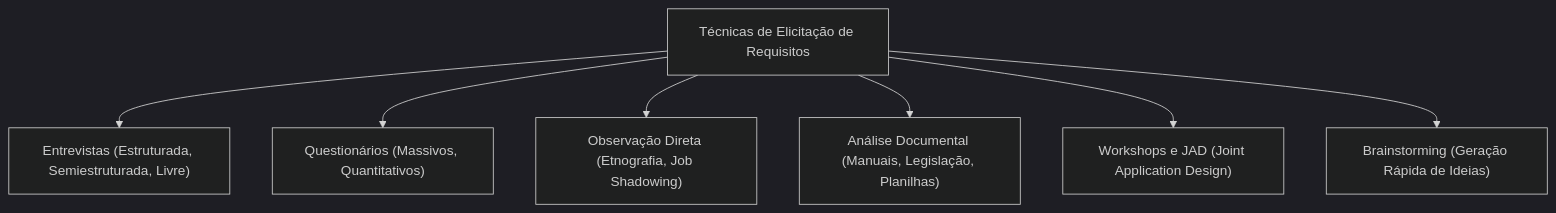
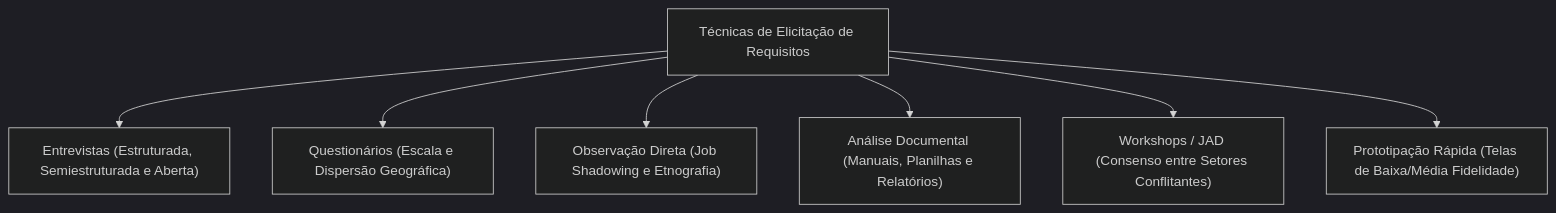
Before and after one commit to murilolol/unifef: diagram 11 of 32 in 4º Semestre/[Prof. Wesley Soares] Engenharia de Software II/Resumos-IA/Caderno-Consolidado.md, drawn with Mermaid (dark theme). The commit also changed other lines of this file and 10 other files, not shown here.

````diff
--- a/4º Semestre/[Prof. Wesley Soares] Engenharia de Software II/Resumos-IA/Caderno-Consolidado.md
+++ b/4º Semestre/[Prof. Wesley Soares] Engenharia de Software II/Resumos-IA/Caderno-Consolidado.md
@@ -513,10 +480,10 @@
 ```mermaid
 flowchart TD
-    TE["Técnicas de Elicitação de Requisitos"]
-    TE --> EN["Entrevistas (Estruturada, Semiestruturada, Livre)"]
-    TE --> QU["Questionários (Massivos, Quantitativos)"]
-    TE --> OB["Observação Direta (Etnografia, Job Shadowing)"]
-    TE --> AD["Análise Documental (Manuais, Legislação, Planilhas)"]
-    TE --> WK["Workshops e JAD (Joint Application Design)"]
-    TE --> BR["Brainstorming (Geração Rápida de Ideias)"]
+  Tech["Técnicas de Elicitação de Requisitos"]
+  Tech --> Ent["Entrevistas (Estruturada, Semiestruturada e Aberta)"]
+  Tech --> Qst["Questionários (Escala e Dispersão Geográfica)"]
+  Tech --> Obs["Observação Direta (Job Shadowing e Etnografia)"]
+  Tech --> Doc["Análise Documental (Manuais, Planilhas e Relatórios)"]
+  Tech --> Wks["Workshops / JAD (Consenso entre Setores Conflitantes)"]
+  Tech --> Pro["Prototipação Rápida (Telas de Baixa/Média Fidelidade)"]
 ```
````
